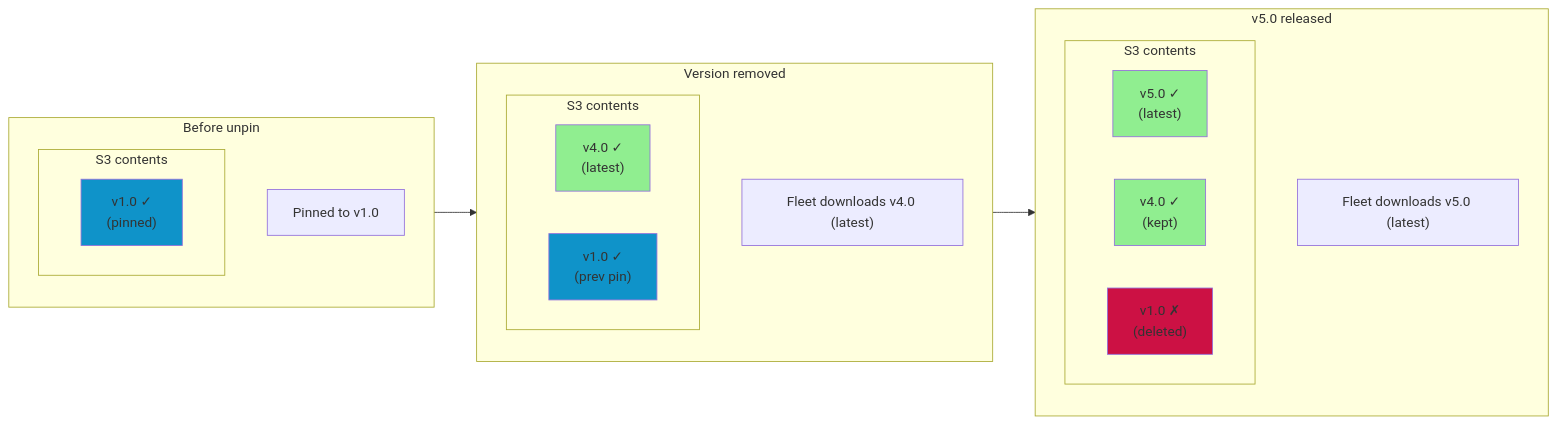
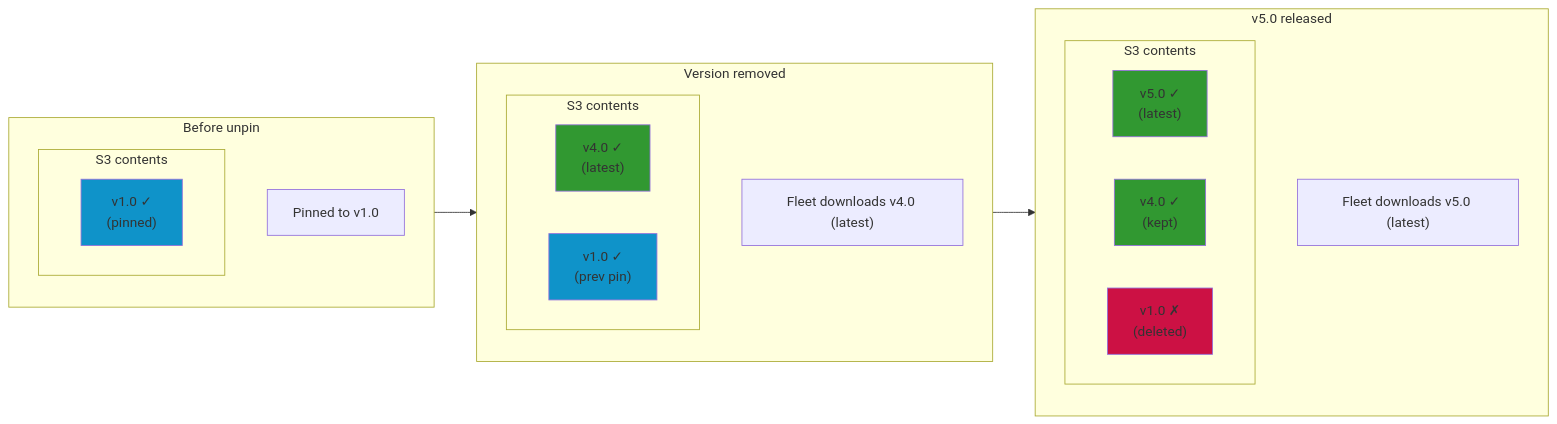
The third of 4 diagrams in docs/Contributing/product-groups/software/rollback-fleet-maintained-app-version.md (fleetdm/fleet), drawn with Mermaid before and after one commit. The commit also changed other lines of this file, not shown here.

````diff
--- a/docs/Contributing/product-groups/software/rollback-fleet-maintained-app-version.md
+++ b/docs/Contributing/product-groups/software/rollback-fleet-maintained-app-version.md
@@ -101,38 +101,38 @@
 ```mermaid
 flowchart LR
     subgraph T1["Before unpin"]
         direction TB
         S1_title["Pinned to v1.0"]
         subgraph S1["S3 contents"]
             S1_v1["v1.0 ✓<br/>(pinned)"]
         end
     end
 
     subgraph T2["Version removed"]
         direction TB
         S2_title["Fleet downloads v4.0 (latest)"]
         subgraph S2["S3 contents"]
             S2_v4["v4.0 ✓<br/>(latest)"]
             S2_v1["v1.0 ✓<br/>(prev pin)"]
         end
     end
 
     subgraph T3["v5.0 released"]
         direction TB
         S3_title["Fleet downloads v5.0 (latest)"]
         subgraph S3["S3 contents"]
             S3_v5["v5.0 ✓<br/>(latest)"]
             S3_v4["v4.0 ✓<br/>(kept)"]
             S3_v1["v1.0 ✗<br/>(deleted)"]
         end
     end
 
     T1 --> T2 --> T3
 
     style S1_v1 fill:#0F93C9
-    style S2_v4 fill:#90EE90
+    style S2_v4 fill:#319831
     style S2_v1 fill:#0F93C9
-    style S3_v5 fill:#90EE90
-    style S3_v4 fill:#90EE90
+    style S3_v5 fill:#319831
+    style S3_v4 fill:#319831
     style S3_v1 fill:#CC1144
 ```
````
